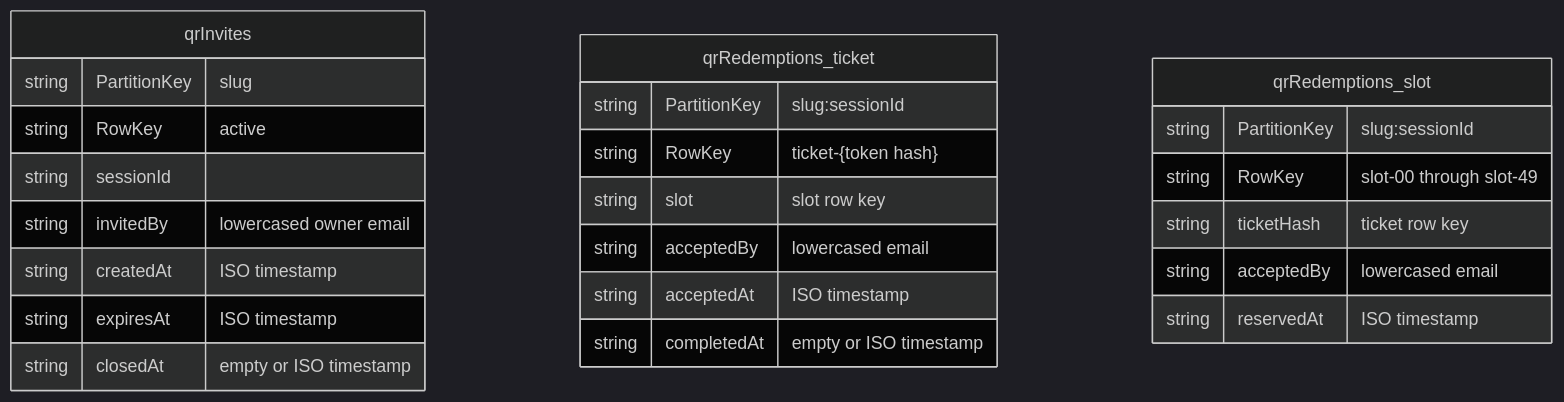
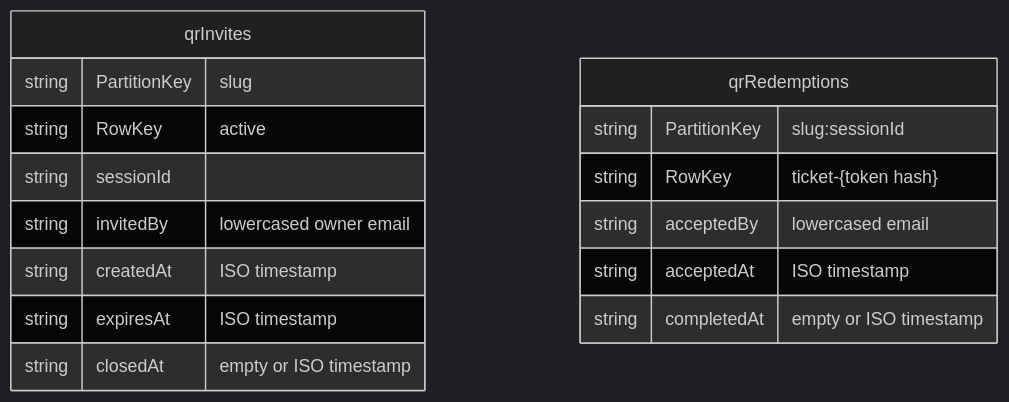
Before and after one commit to kurtzeborn/mission-journal: the tenth of 18 diagrams in docs/architecture.md, drawn with Mermaid (dark theme). The commit also changed other lines of this file and 5 other files, not shown here.

````diff
--- a/docs/architecture.md
+++ b/docs/architecture.md
@@ -252,27 +252,19 @@
 ```mermaid
 erDiagram
     qrInvites {
         string PartitionKey "slug"
         string RowKey "active"
         string sessionId
         string invitedBy "lowercased owner email"
         string createdAt "ISO timestamp"
         string expiresAt "ISO timestamp"
         string closedAt "empty or ISO timestamp"
     }
-    qrRedemptions_ticket {
+    qrRedemptions {
         string PartitionKey "slug:sessionId"
         string RowKey "ticket-{token hash}"
-        string slot "slot row key"
         string acceptedBy "lowercased email"
         string acceptedAt "ISO timestamp"
         string completedAt "empty or ISO timestamp"
     }
-    qrRedemptions_slot {
-        string PartitionKey "slug:sessionId"
-        string RowKey "slot-00 through slot-49"
-        string ticketHash "ticket row key"
-        string acceptedBy "lowercased email"
-        string reservedAt "ISO timestamp"
-    }
 ```
````
